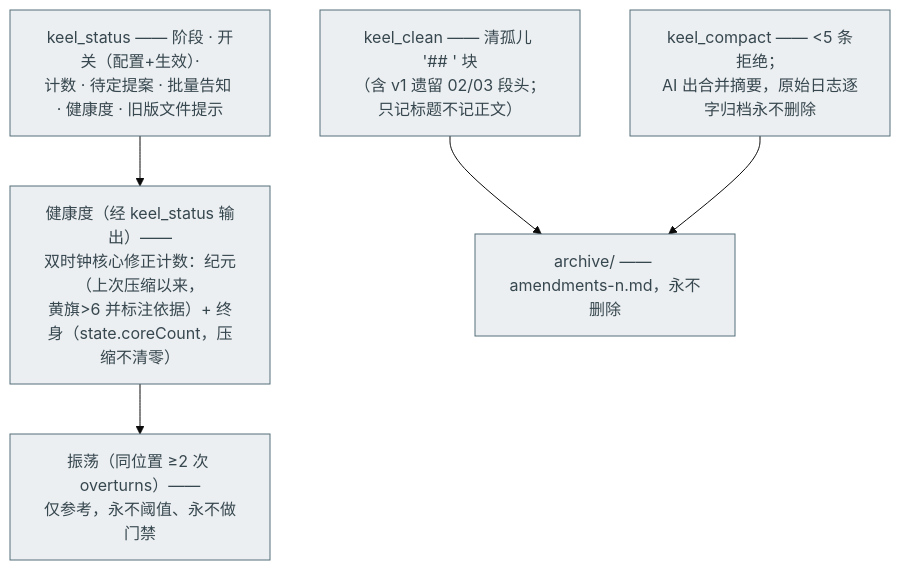
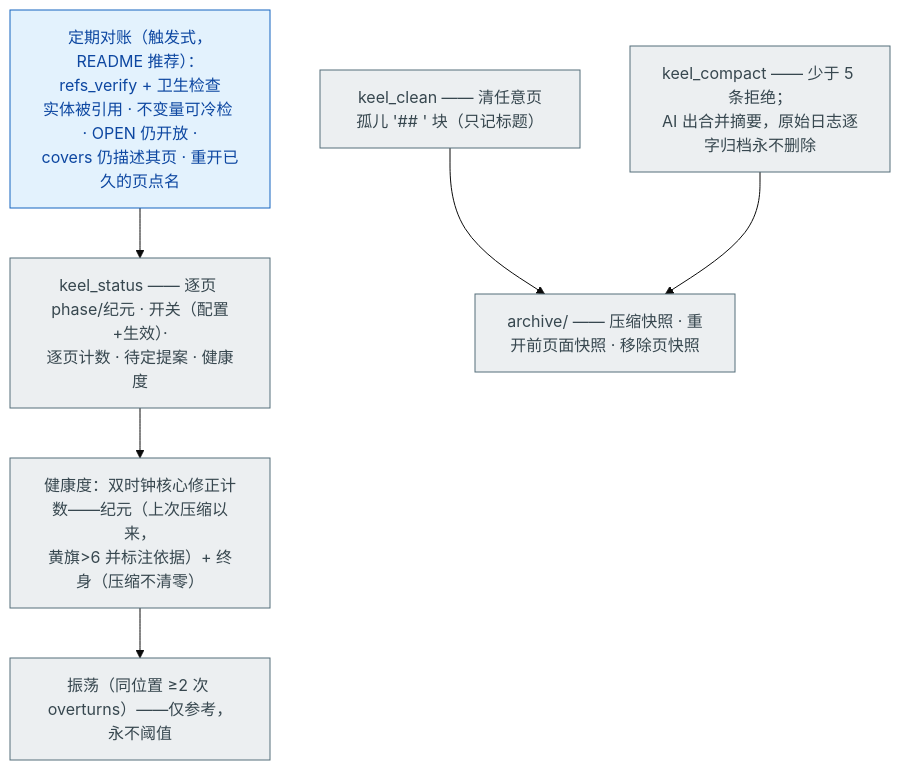
One commit to maxi3777/Keel changed the seventh of 9 diagrams in docs/MENTAL-MODEL.md. Above: the diagram before and after it, drawn with Mermaid (base theme). The commit also changed other lines of this file and 15 other files, not shown here.

````diff
--- a/docs/MENTAL-MODEL.md
+++ b/docs/MENTAL-MODEL.md
@@ -209,14 +211,17 @@
 ```mermaid
 flowchart TD
-    STATUS["keel_status —— 阶段 · 开关（配置+生效）·<br/>计数 · 待定提案 · 批量告知 · 健康度 · 旧版文件提示"]:::mech
-    HEALTH["健康度（经 keel_status 输出）——<br/>双时钟核心修正计数：纪元（上次压缩以来，<br/>黄旗>6 并标注依据）+ 终身（state.coreCount，压缩不清零）"]:::mech
-    OSC["振荡（同位置 ≥2 次 overturns）——<br/>仅参考，永不阈值、永不做门禁"]:::mech
-    CLEAN["keel_clean —— 清孤儿 '## ' 块<br/>（含 v1 遗留 02/03 段头；只记标题不记正文）"]:::mech
-    COMPACT["keel_compact —— <5 条拒绝；<br/>AI 出合并摘要，原始日志逐字归档永不删除"]:::mech
-    ARCH["archive/ —— amendments-n.md，永不删除"]:::mech
+    STATUS["keel_status —— 逐页 phase/纪元 · 开关（配置+生效）·<br/>逐页计数 · 待定提案 · 健康度"]:::mech
+    HEALTH["健康度：双时钟核心修正计数——纪元（上次压缩以来，<br/>黄旗>6 并标注依据）+ 终身（压缩不清零）"]:::mech
+    OSC["振荡（同位置 ≥2 次 overturns）——仅参考，永不阈值"]:::mech
+    AUDIT["定期对账（触发式，README 推荐）：refs_verify + 卫生检查<br/>实体被引用 · 不变量可冷检 · OPEN 仍开放 ·<br/>covers 仍描述其页 · 重开已久的页点名"]:::ai
+    CLEAN["keel_clean —— 清任意页孤儿 '## ' 块（只记标题）"]:::mech
+    COMPACT["keel_compact —— 少于 5 条拒绝；<br/>AI 出合并摘要，原始日志逐字归档永不删除"]:::mech
+    ARCH["archive/ —— 压缩快照 · 重开前页面快照 · 移除页快照"]:::mech
 
     STATUS --> HEALTH --> OSC
+    AUDIT --> STATUS
     CLEAN --> ARCH
     COMPACT --> ARCH
     classDef mech fill:#eceff1,stroke:#546e7a,color:#37474f
+    classDef ai fill:#e3f2fd,stroke:#1565c0,color:#0d47a1
 ```
````
